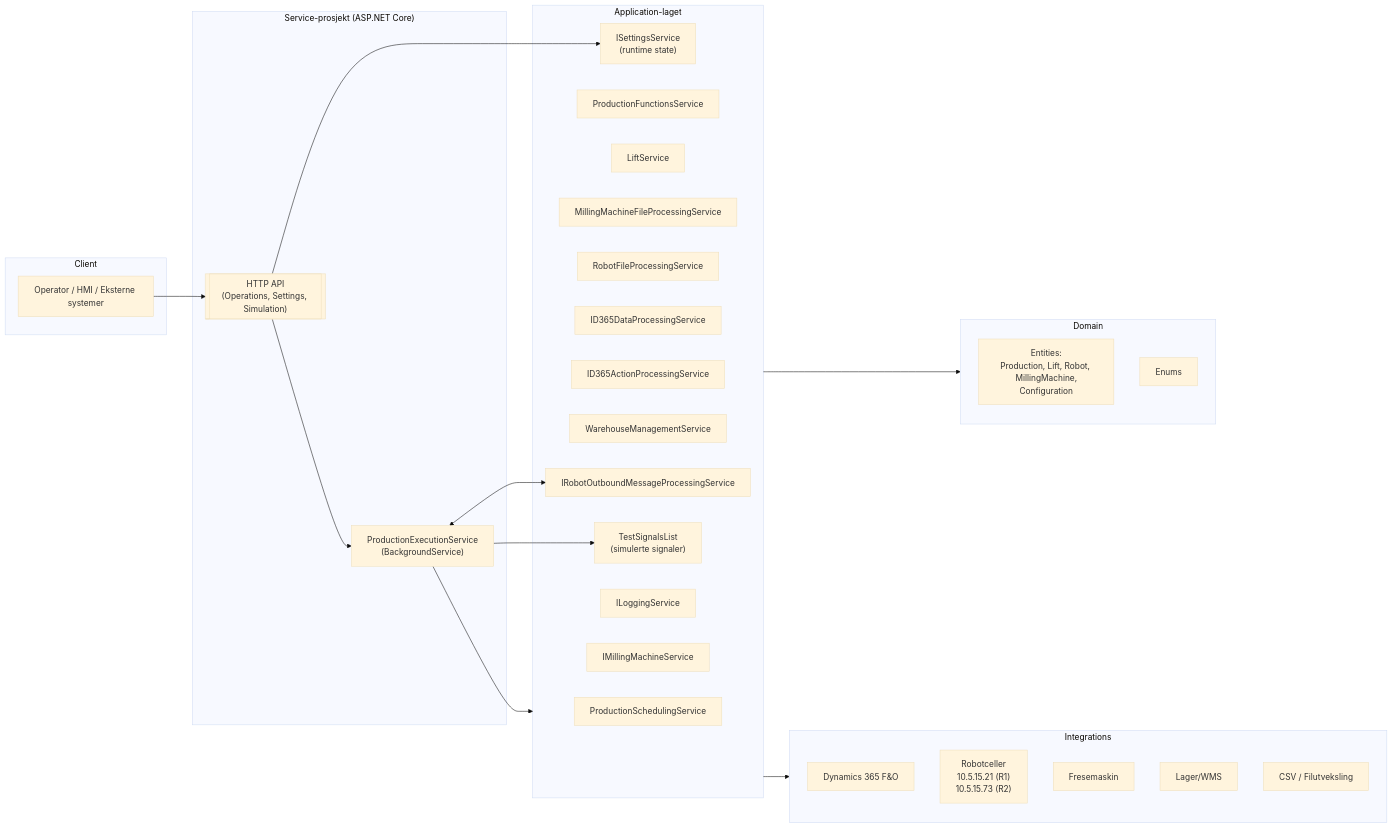
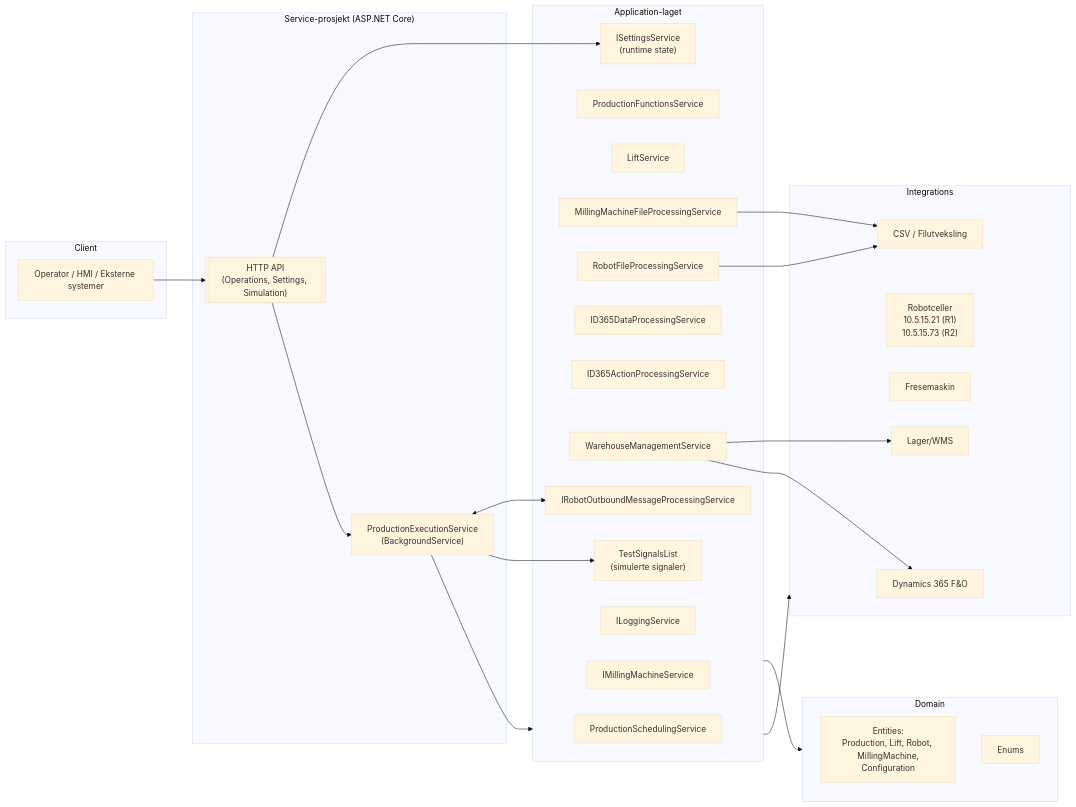
One commit to CanerKaba/Garage changed the first of 2 diagrams in README.md. Above: the diagram before and after it, drawn with Mermaid (base theme). The commit also changed other lines of this file, not shown here.

````diff
--- a/README.md
+++ b/README.md
@@ -68,50 +68,53 @@
 ```mermaid
 flowchart LR
     subgraph Client
       Operator["Operator / HMI / Eksterne systemer"]
     end
 
     subgraph Service["Service-prosjekt (ASP.NET Core)"]
       API[["HTTP API\n(Operations, Settings, Simulation)"]]
       Hosted["ProductionExecutionService\n(BackgroundService)"]
     end
 
     subgraph Application["Application-laget"]
       Sched["ProductionSchedulingService"]
       ProdFx["ProductionFunctionsService"]
       LiftSvc["LiftService"]
       MillFile["MillingMachineFileProcessingService"]
       RobFile["RobotFileProcessingService"]
       D365Data["ID365DataProcessingService"]
       D365Act["ID365ActionProcessingService"]
       WMS["WarehouseManagementService"]
       IO["IRobotOutboundMessageProcessingService"]
       Settings["ISettingsService\n(runtime state)"]
       Log["ILoggingService"]
       MillSvc["IMillingMachineService"]
       TestSignals["TestSignalsList\n(simulerte signaler)"]
     end
 
     subgraph Domain
       Entities["Entities:\nProduction, Lift, Robot, MillingMachine,\nConfiguration"]
       Enums["Enums"]
     end
 
     subgraph Integrations
       D365["Dynamics 365 F&O"]
       Robots["Robotceller\n10.5.15.21 (R1)\n10.5.15.73 (R2)"]
       Milling["Fresemaskin"]
       Storage["Lager/WMS"]
       Files["CSV / Filutveksling"]
     end
 
     Operator --> API
     API --> Settings
     API --> Hosted
     Hosted --> Application
+    Hosted <--> IO
+    Hosted --> TestSignals
     Application --> Domain
     Application --> Integrations
-    Hosted <--> IO
-    Hosted --> TestSignals
-
+    MillFile --> Files
+    RobFile --> Files
+    WMS --> Storage
+    WMS --> D365
 ```
````
